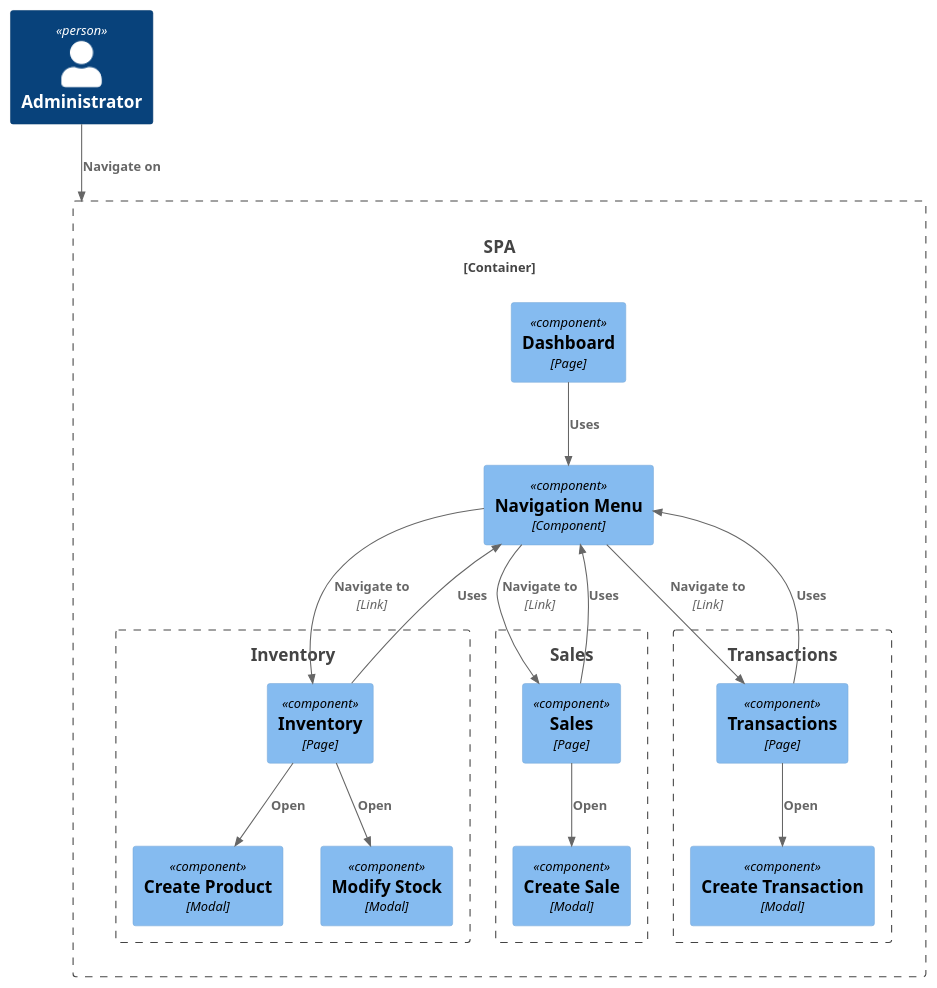
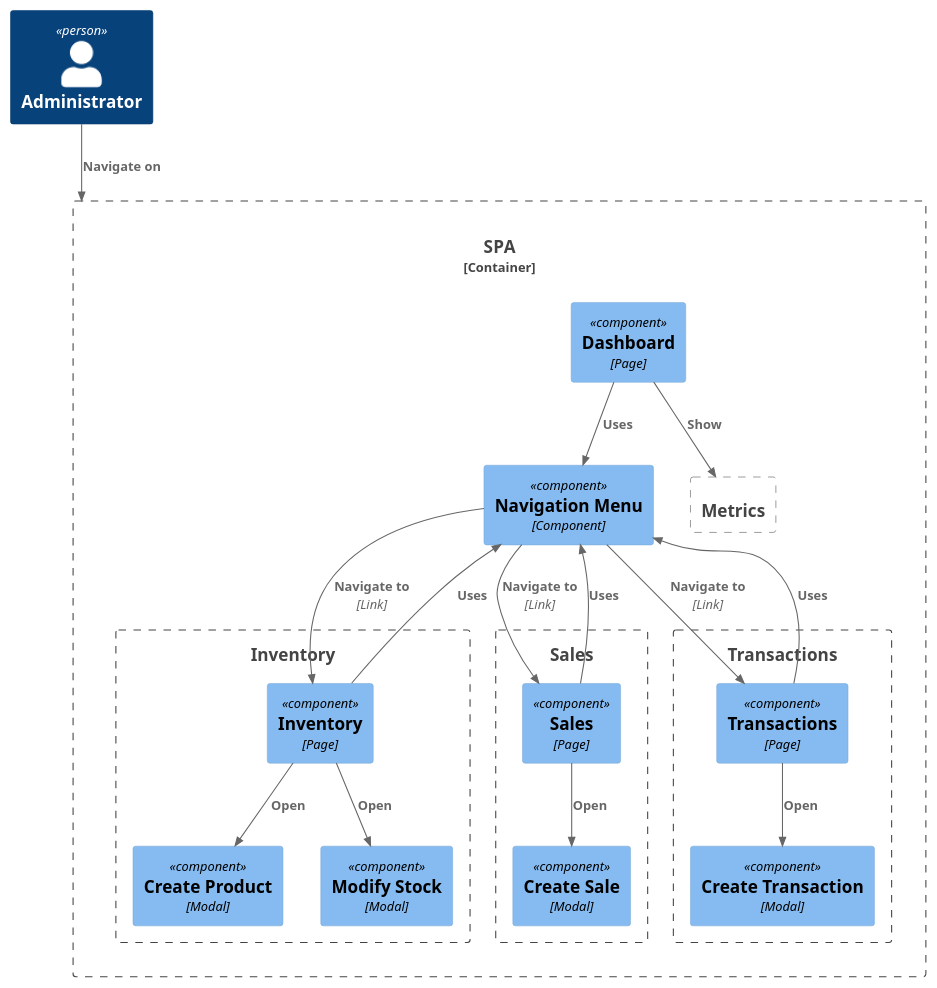
Before and after one commit to joav/simple-sales-business: the diagram in docs/diagrams/components/spa.puml, drawn with PlantUML. The commit also changed 5 other files, not shown here.

```diff
--- a/docs/diagrams/components/spa.puml
+++ b/docs/diagrams/components/spa.puml
@@ -2,41 +2,44 @@
 @startuml SPA Components
 !include <C4/C4_Component>
 
 Person(businessAdmin, "Administrator")
 
 Container_Boundary(spa, "SPA", "React") {
   Component(dshPage, "Dashboard", "Page")
 
   Component(navMenu, "Navigation Menu", "Component")
 
   Boundary(inventory, "Inventory") {
     Component(inventoryPage, "Inventory", "Page")
     Component(createProductModal, "Create Product", "Modal")
     Component(modifyStockProductModal, "Modify Stock", "Modal")
   }
 
   Boundary(sales, "Sales") {
     Component(salesPage, "Sales", "Page")
     Component(createSaleModal, "Create Sale", "Modal")
   }
 
   Boundary(transactions, "Transactions") {
     Component(transactionsPage, "Transactions", "Page")
     Component(createTransactionModal, "Create Transaction", "Modal")
   }
+
+  Boundary(metrics, "Metrics")
 }
 
 Rel(businessAdmin, spa, "Navigate on")
 Rel(dshPage, navMenu, "Uses")
 Rel(inventoryPage, navMenu, "Uses")
 Rel(salesPage, navMenu, "Uses")
 Rel(transactionsPage, navMenu, "Uses")
 Rel(navMenu, inventoryPage, "Navigate to", "Link")
 Rel(navMenu, salesPage, "Navigate to", "Link")
 Rel(navMenu, transactionsPage, "Navigate to", "Link")
 Rel(inventoryPage, createProductModal, "Open")
 Rel(inventoryPage, modifyStockProductModal, "Open")
 Rel(salesPage, createSaleModal, "Open")
 Rel(transactionsPage, createTransactionModal, "Open")
+Rel(dshPage, metrics, "Show")
 
 @enduml
```
